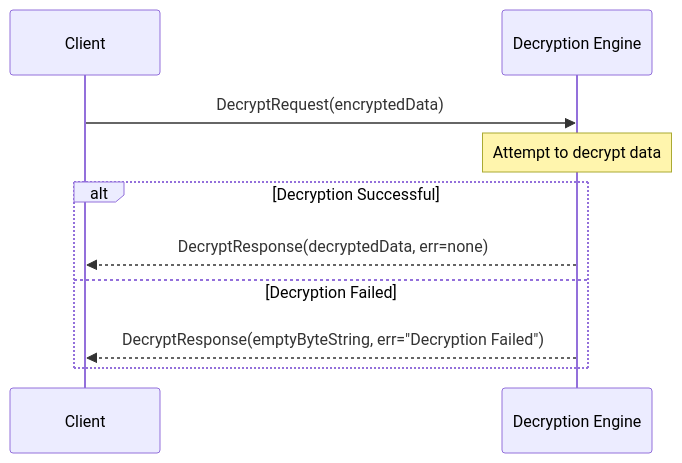
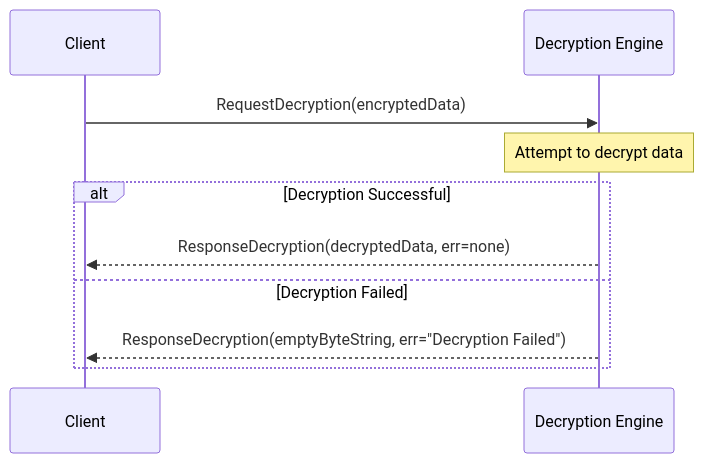
One commit to anoma/nspec changed the diagram in docs/arch/node/engines/decryption_messages.juvix.md. Above: the diagram before and after it, drawn with Mermaid. The commit also changed other lines of this file and 5 other files, not shown here.

````diff
--- a/docs/arch/node/engines/decryption_messages.juvix.md
+++ b/docs/arch/node/engines/decryption_messages.juvix.md
@@ -76,13 +76,13 @@
 ```mermaid
 sequenceDiagram
     participant C as Client
     participant DE as Decryption Engine
 
-    C->>DE: DecryptRequest(encryptedData)
+    C->>DE: RequestDecryption(encryptedData)
     Note over DE: Attempt to decrypt data
     alt Decryption Successful
-        DE-->>C: DecryptResponse(decryptedData, err=none)
+        DE-->>C: ResponseDecryption(decryptedData, err=none)
     else Decryption Failed
-        DE-->>C: DecryptResponse(emptyByteString, err="Decryption Failed")
+        DE-->>C: ResponseDecryption(emptyByteString, err="Decryption Failed")
     end
 ```
````
